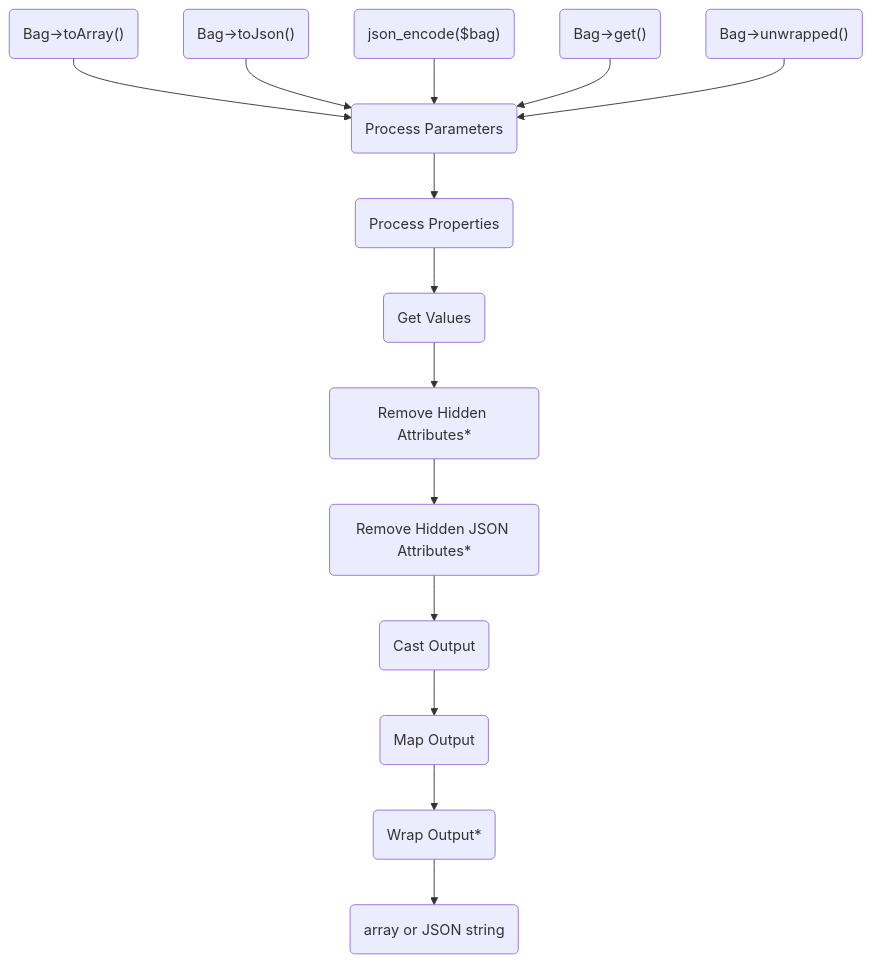
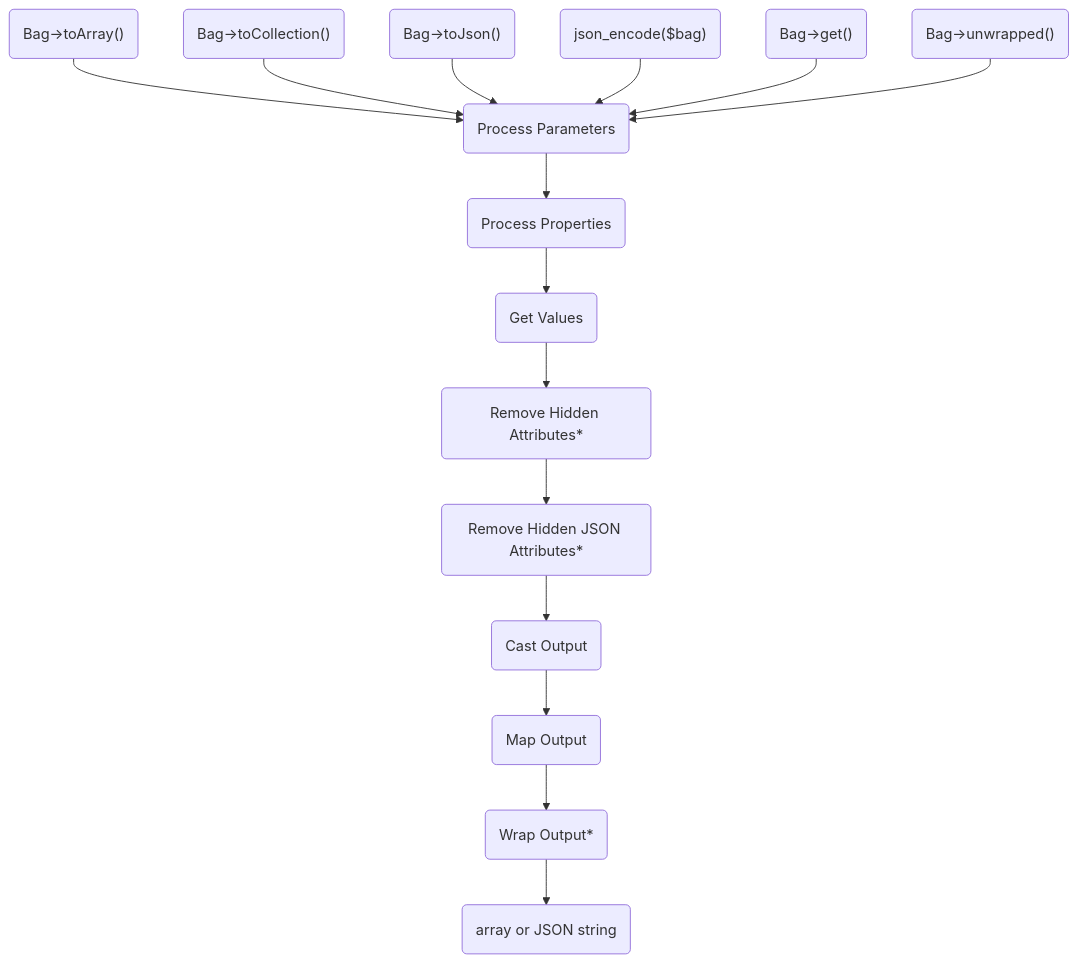
One commit to dshafik/bag changed the second of 5 diagrams in docs/how-bag-works.md. Above: the diagram before and after it, drawn with Mermaid. The commit also changed other lines of this file and 5 other files, not shown here.

````diff
--- a/docs/how-bag-works.md
+++ b/docs/how-bag-works.md
@@ -68,34 +68,36 @@
 ```mermaid
 graph TD;
 toArray("Bag->toArray()") --> processParameters
+toCollection("Bag->toCollection()") --> processParameters
 toJson("Bag->toJson()") --> processParameters
 jsonEncode("json_encode($bag)") --> processParameters
 get("Bag->get()") --> processParameters
 unwrapped("Bag->unwrapped()") --> processParameters
 processParameters(Process Parameters)
 --> processProperties(Process Properties)
 --> getValues(Get Values)
 --> hide("Remove Hidden Attributes*")
 --> hideJson("Remove Hidden JSON Attributes*")
 --> cast(Cast Output)
 --> mapOutput(Map Output)
 --> wrap(Wrap Output*)
 --> output(array or JSON string)
 
-class toArray,toJson,jsonEncode,get,unwrapped mermaid-start
+class toArray,toCollection,toJson,jsonEncode,get,unwrapped mermaid-start
 class output mermaid-end
 class hide,hideJson,wrap mermaid-conditional
 
 click toArray "https://github.com/dshafik/bag/blob/main/src/Bag/Concerns/WithArrayable.php" _blank
+click toCollection "https://github.com/dshafik/bag/blob/main/src/Bag/Concerns/WithCollections.php" _blank
 click toJson "https://github.com/dshafik/bag/blob/main/src/Bag/Concerns/WithJson.php" _blank
 click get "https://github.com/dshafik/bag/blob/main/src/Bag/Concerns/WithOutput.php" _blank
 click unwrapped "https://github.com/dshafik/bag/blob/main/src/Bag/Concerns/WithOutput.php" _blank
 click processParameters "https://github.com/dshafik/bag/blob/main/src/Bag/Pipelines/Pipes/ProcessParameters.php" _blank
 click processProperties "https://github.com/dshafik/bag/blob/main/src/Bag/Pipelines/Pipes/ProcessProperties.php" _blank
 click getValues "https://github.com/dshafik/bag/blob/main/src/Bag/Pipelines/Pipes/GetValues.php" _blank
 click hide "https://github.com/dshafik/bag/blob/main/src/Bag/Pipelines/Pipes/HideValues.php" _blank
 click hideJson "https://github.com/dshafik/bag/blob/main/src/Bag/Pipelines/Pipes/HideJsonValues.php" _blank
 click cast "https://github.com/dshafik/bag/blob/main/src/Bag/Pipelines/Pipes/CastOutputValues.php" _blank
 click mapOutput "https://github.com/dshafik/bag/blob/main/src/Bag/Pipelines/Pipes/MapOutput.php" _blank
 click wrap "https://github.com/dshafik/bag/blob/main/src/Bag/Pipelines/Pipes/Wrap.php" _blank
 ```
````
